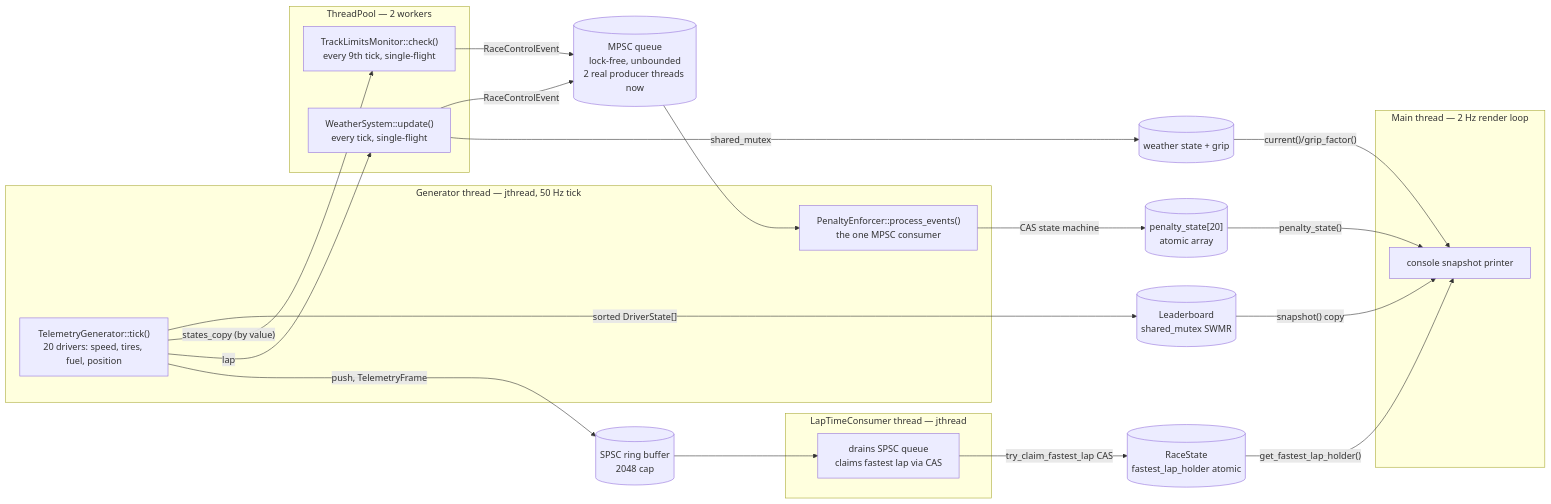
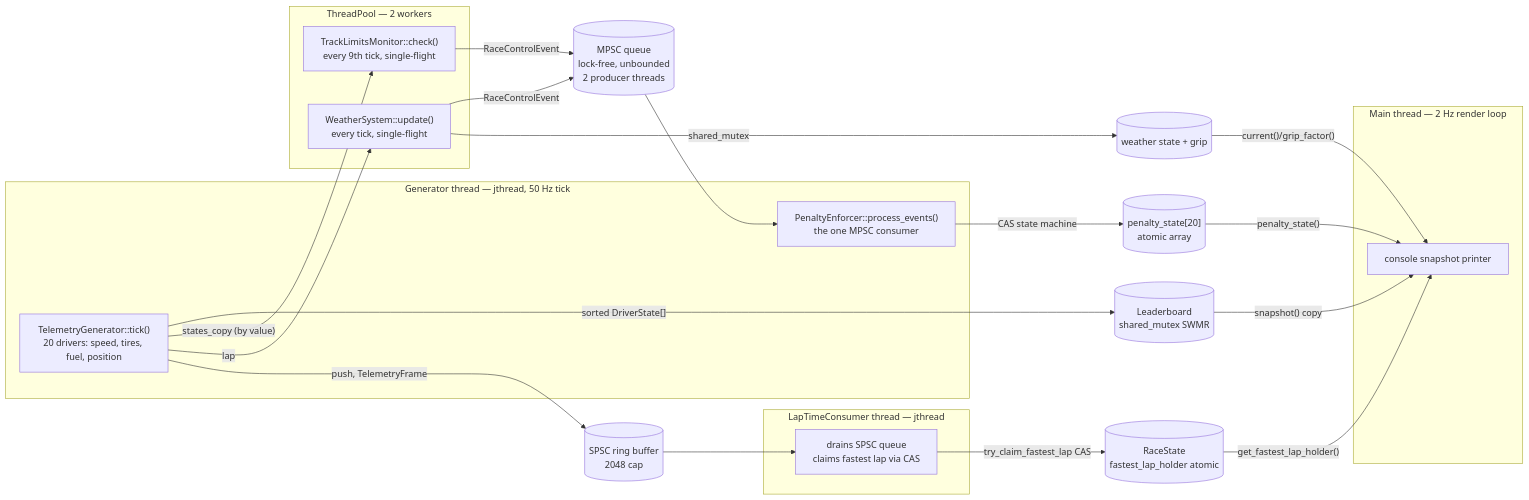
The diagram in README.md (mideyy7/Formula-One-Telemetry-Simulator), drawn with Mermaid before and after one commit. The commit also changed other lines of this file and 5 other files, not shown here.

````diff
--- a/README.md
+++ b/README.md
@@ -36,37 +37,37 @@
 ```mermaid
 flowchart LR
     subgraph GT["Generator thread — jthread, 50 Hz tick"]
         TG["TelemetryGenerator::tick()<br/>20 drivers: speed, tires, fuel, position"]
         PE["PenaltyEnforcer::process_events()<br/>the one MPSC consumer"]
     end
 
     subgraph Pool["ThreadPool — 2 workers"]
         TL["TrackLimitsMonitor::check()<br/>every 9th tick, single-flight"]
         WS["WeatherSystem::update()<br/>every tick, single-flight"]
     end
 
     subgraph LTC["LapTimeConsumer thread — jthread"]
         LC["drains SPSC queue<br/>claims fastest lap via CAS"]
     end
 
     subgraph MT["Main thread — 2 Hz render loop"]
         RENDER["console snapshot printer"]
     end
 
     TG -- "sorted DriverState[]" --> LB[("Leaderboard<br/>shared_mutex SWMR")]
     TG -- "states_copy (by value)" --> TL
     TG -- "lap" --> WS
-    TL -- "RaceControlEvent" --> MPSC[("MPSC queue<br/>lock-free, unbounded<br/>2 real producer threads now")]
+    TL -- "RaceControlEvent" --> MPSC[("MPSC queue<br/>lock-free, unbounded<br/>2 producer threads")]
     WS -- "RaceControlEvent" --> MPSC
     MPSC --> PE
     PE -- "CAS state machine" --> PEN[("penalty_state[20]<br/>atomic array")]
     WS -- "shared_mutex" --> WX[("weather state + grip")]
     TG -- "push, TelemetryFrame" --> SPSC[("SPSC ring buffer<br/>2048 cap")]
     SPSC --> LC
     LC -- "try_claim_fastest_lap CAS" --> RS[("RaceState<br/>fastest_lap_holder atomic")]
 
     LB -- "snapshot() copy" --> RENDER
     WX -- "current()/grip_factor()" --> RENDER
     PEN -- "penalty_state()" --> RENDER
     RS -- "get_fastest_lap_holder()" --> RENDER
 ```
````
